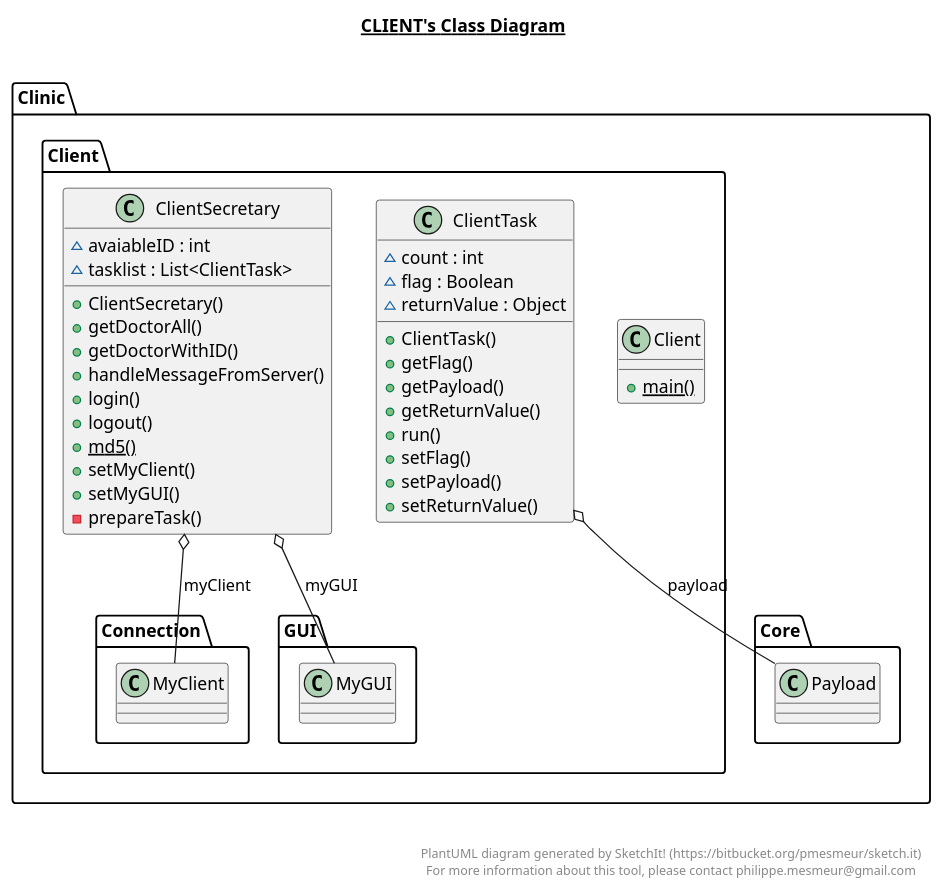
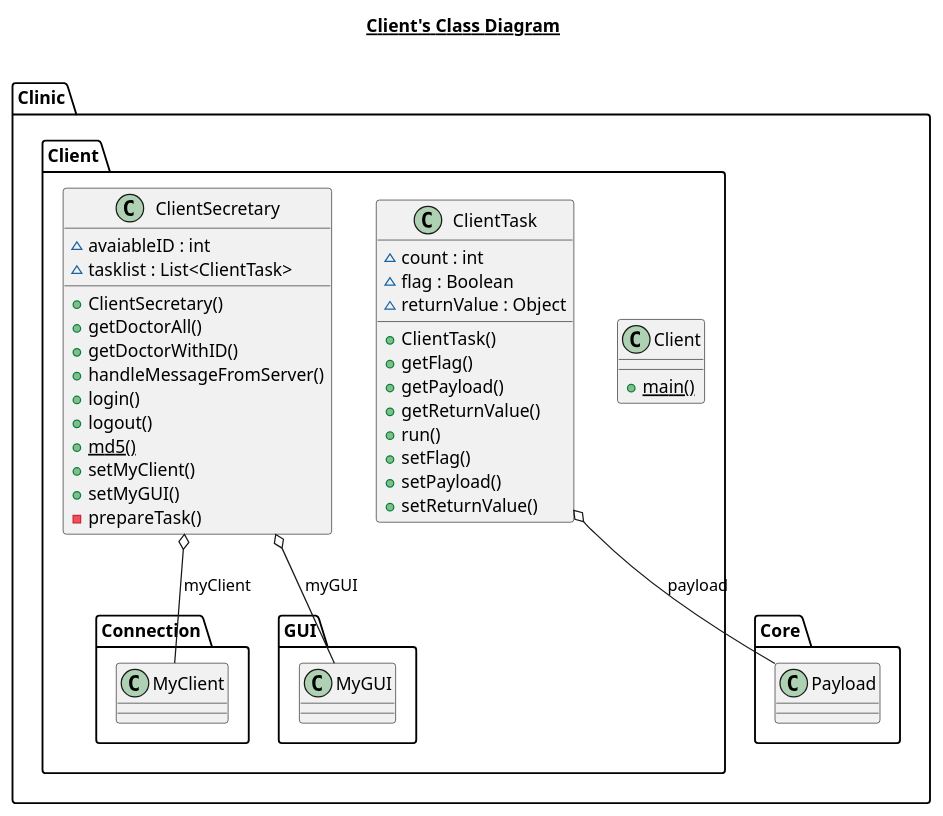
The diagram in src/Clinic/Client/Client.plantuml (AidanJohnston/Omar), drawn with PlantUML before and after one commit. The commit also changed 5 other files, not shown here.

Commit message:
Updated uml

```diff
--- a/src/Clinic/Client/Client.plantuml
+++ b/src/Clinic/Client/Client.plantuml
@@ -1,59 +1,52 @@
 @startuml
 
-title __CLIENT's Class Diagram__\n
+title __Client's Class Diagram__\n
 
   namespace Clinic.Client {
     class Clinic.Client.Client {
         {static} + main()
     }
   }
   
 
   namespace Clinic.Client {
     class Clinic.Client.ClientSecretary {
         ~ avaiableID : int
         ~ tasklist : List<ClientTask>
         + ClientSecretary()
         + getDoctorAll()
         + getDoctorWithID()
         + handleMessageFromServer()
         + login()
         + logout()
         {static} + md5()
         + setMyClient()
         + setMyGUI()
         - prepareTask()
     }
   }
   
 
   namespace Clinic.Client {
     class Clinic.Client.ClientTask {
         ~ count : int
         ~ flag : Boolean
         ~ returnValue : Object
         + ClientTask()
         + getFlag()
         + getPayload()
         + getReturnValue()
         + run()
         + setFlag()
         + setPayload()
         + setReturnValue()
     }
   }
   
 
   Clinic.Client.ClientSecretary o-- Clinic.Client.Connection.MyClient : myClient
   Clinic.Client.ClientSecretary o-- Clinic.Client.GUI.MyGUI : myGUI
   Clinic.Client.ClientTask o-- Clinic.Core.Payload : payload
 
 
-right footer
-
-
-PlantUML diagram generated by SketchIt! (https://bitbucket.org/pmesmeur/sketch.it)
-For more information about this tool, please contact philippe.mesmeur@gmail.com
-endfooter
-
 @enduml
```
